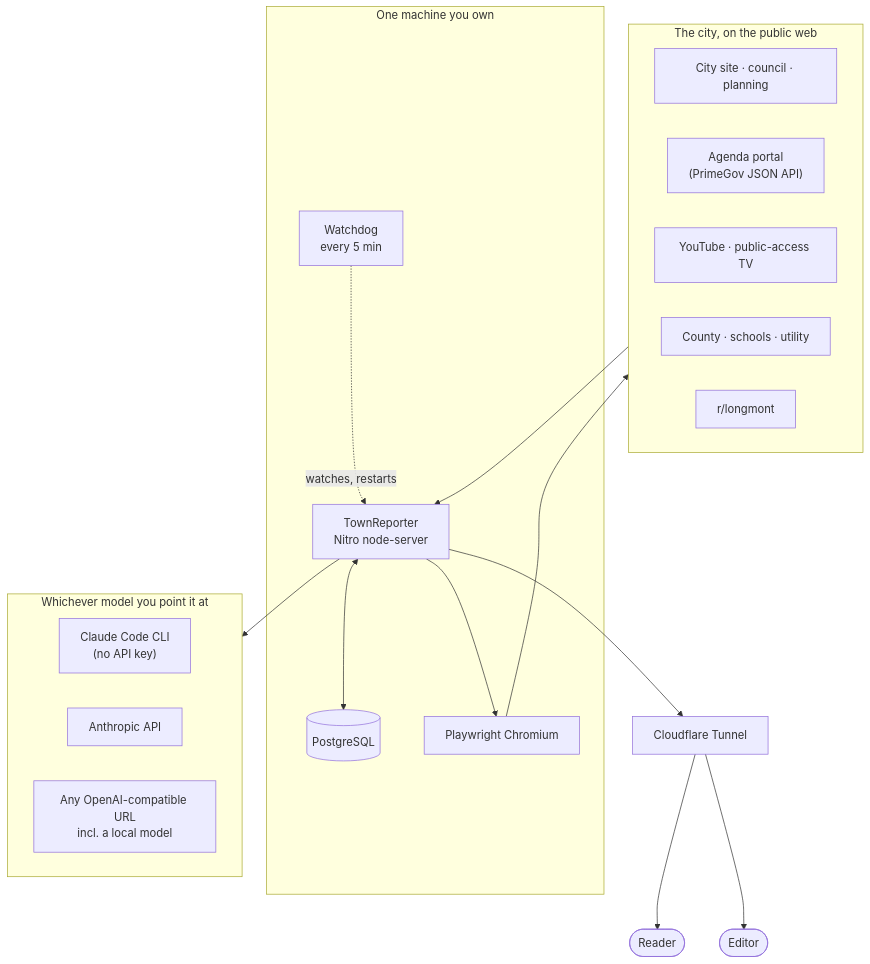
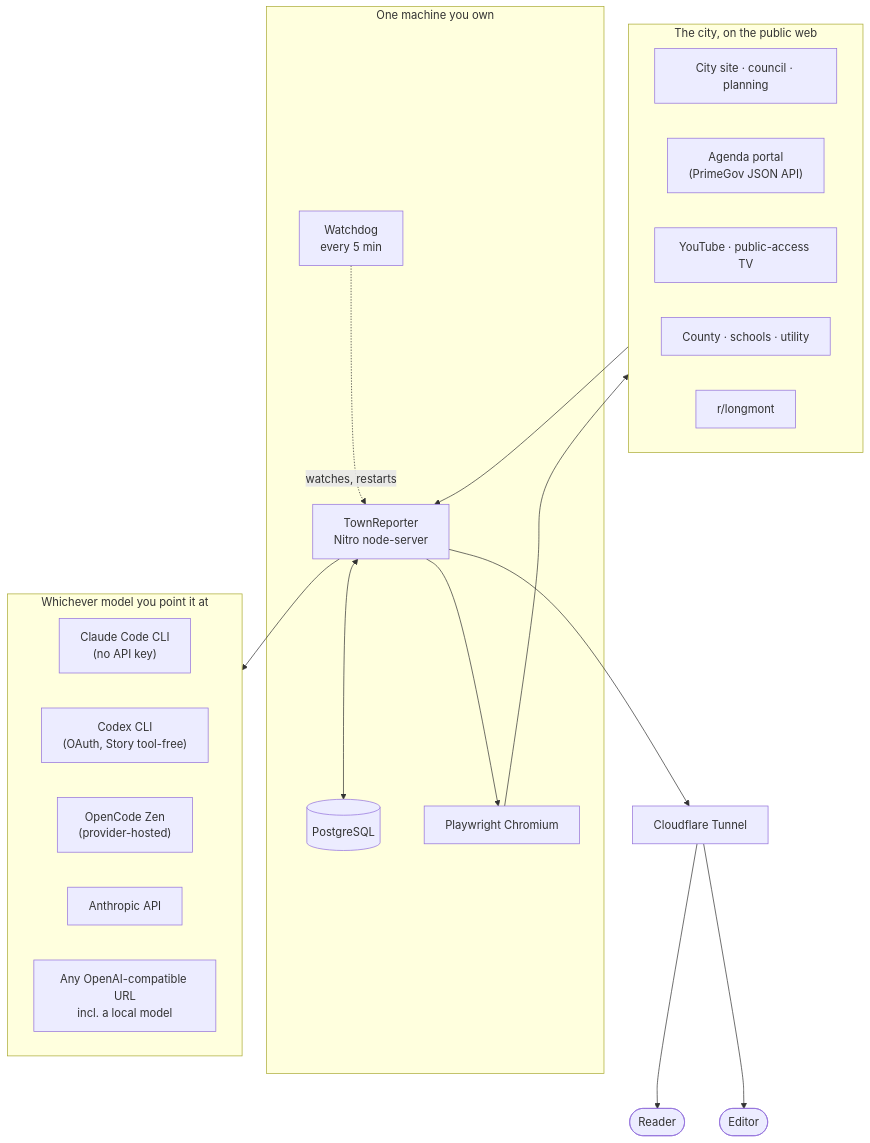
One commit to scottconverse/TownReporter changed the first of 8 diagrams in docs/manual.md. Above: the diagram before and after it, drawn with Mermaid. The commit also changed other lines of this file and 46 other files, not shown here.

````diff
--- a/docs/manual.md
+++ b/docs/manual.md
@@ -516,36 +533,38 @@
 ```mermaid
 flowchart TB
     subgraph outside["The city, on the public web"]
         CITY["City site · council · planning"]
         PORTAL["Agenda portal<br/>(PrimeGov JSON API)"]
         TAPE["YouTube · public-access TV"]
         COUNTY["County · schools · utility"]
         REDDIT["r/longmont"]
     end
 
     subgraph machine["One machine you own"]
         APP["TownReporter<br/>Nitro node-server"]
         DB[("PostgreSQL")]
         PW["Playwright Chromium"]
         WD["Watchdog<br/>every 5 min"]
     end
 
     subgraph models["Whichever model you point it at"]
         CC["Claude Code CLI<br/>(no API key)"]
+        CX["Codex CLI<br/>(OAuth, Story tool-free)"]
+        ZEN["OpenCode Zen<br/>(provider-hosted)"]
         API["Anthropic API"]
         OAI["Any OpenAI-compatible URL<br/>incl. a local model"]
     end
 
     READER(["Reader"])
     EDITOR(["Editor"])
 
     outside --> APP
     APP <--> DB
     APP --> PW
     PW --> outside
     APP --> models
     WD -.watches, restarts.-> APP
     APP --> TUNNEL["Cloudflare Tunnel"]
     TUNNEL --> READER
     TUNNEL --> EDITOR
 ```
````
